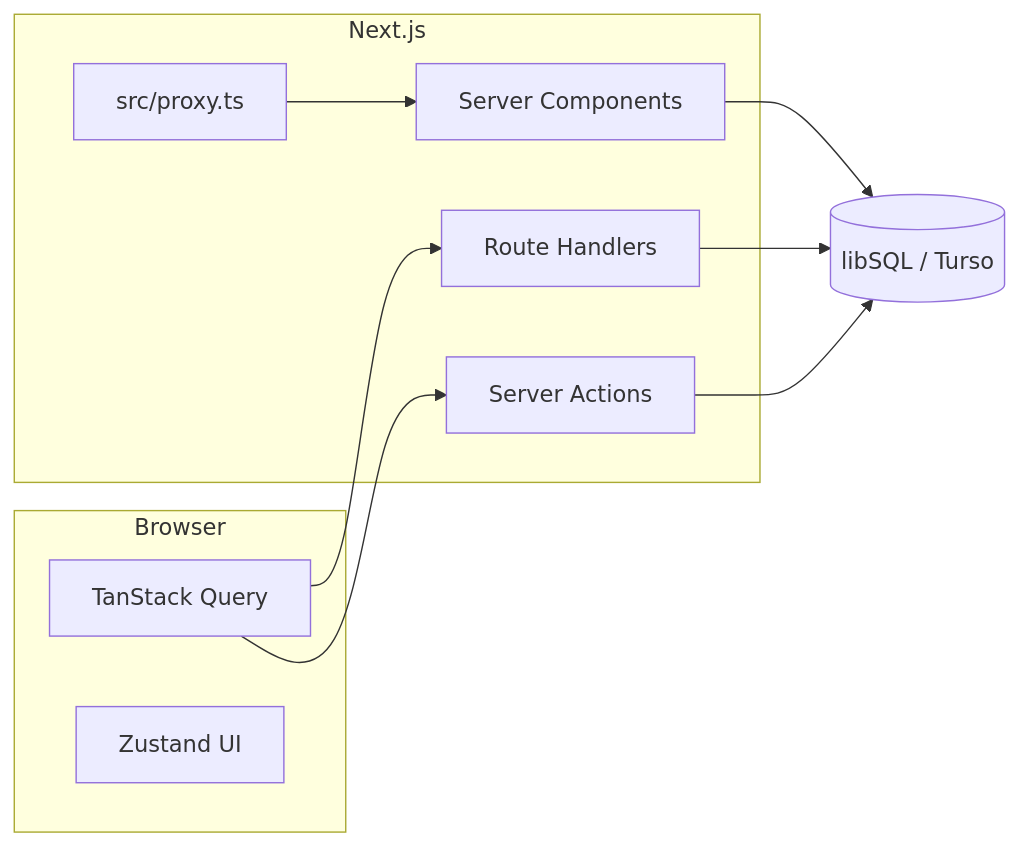
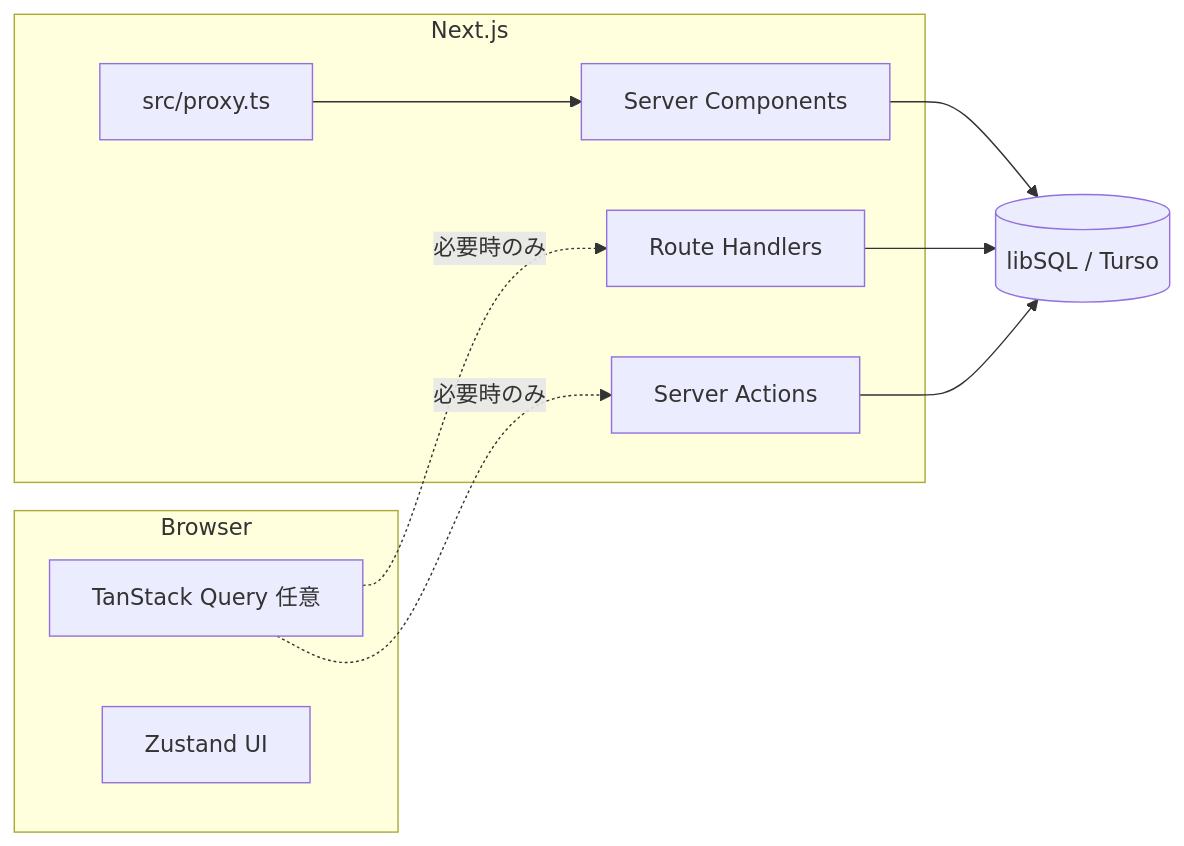
Before and after one commit to telosh/threadhall: the diagram in docs/DESIGN.md, drawn with Mermaid. The commit also changed other lines of this file and 5 other files, not shown here.

Commit message:
docs : データ契約・CHANGELOG と TanStack/RSC 方針の文書化

````diff
--- a/docs/DESIGN.md
+++ b/docs/DESIGN.md
@@ -26,20 +30,20 @@
 ```mermaid
 flowchart LR
   subgraph client [Browser]
-    RQ[TanStack Query]
+    RQ[TanStack Query 任意]
     Z[Zustand UI]
   end
   subgraph next [Next.js]
     RSC[Server Components]
     RH[Route Handlers]
     SA[Server Actions]
     PX[src/proxy.ts]
   end
   DB[(libSQL / Turso)]
   PX --> RSC
   RSC --> DB
   RH --> DB
   SA --> DB
-  RQ --> RH
-  RQ --> SA
+  RQ -.->|必要時のみ| RH
+  RQ -.->|必要時のみ| SA
 ```
````
